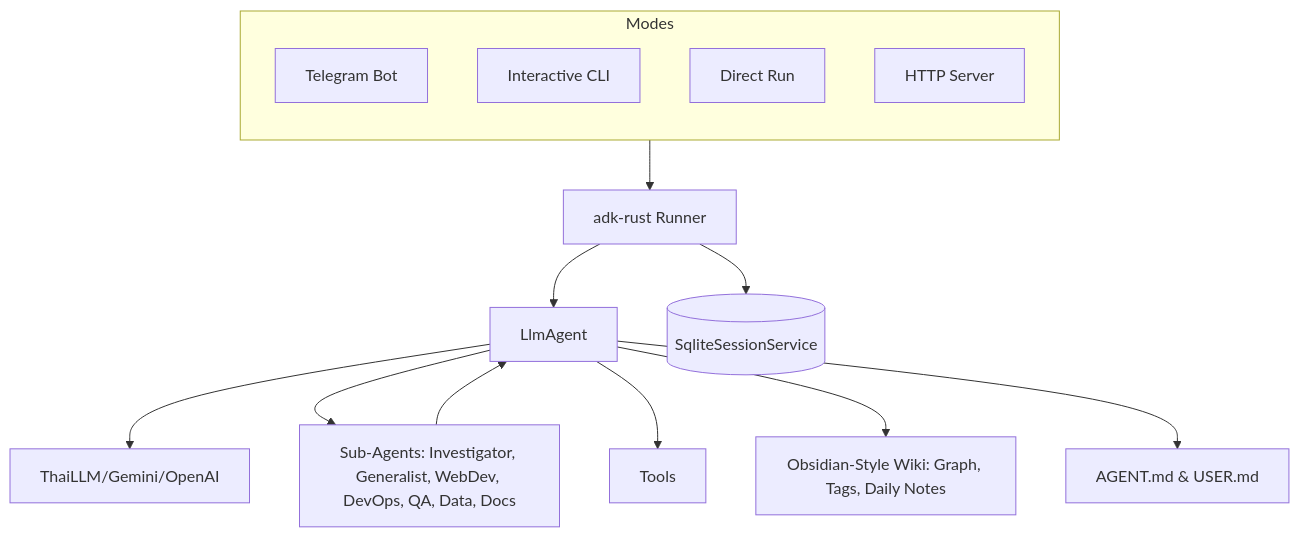
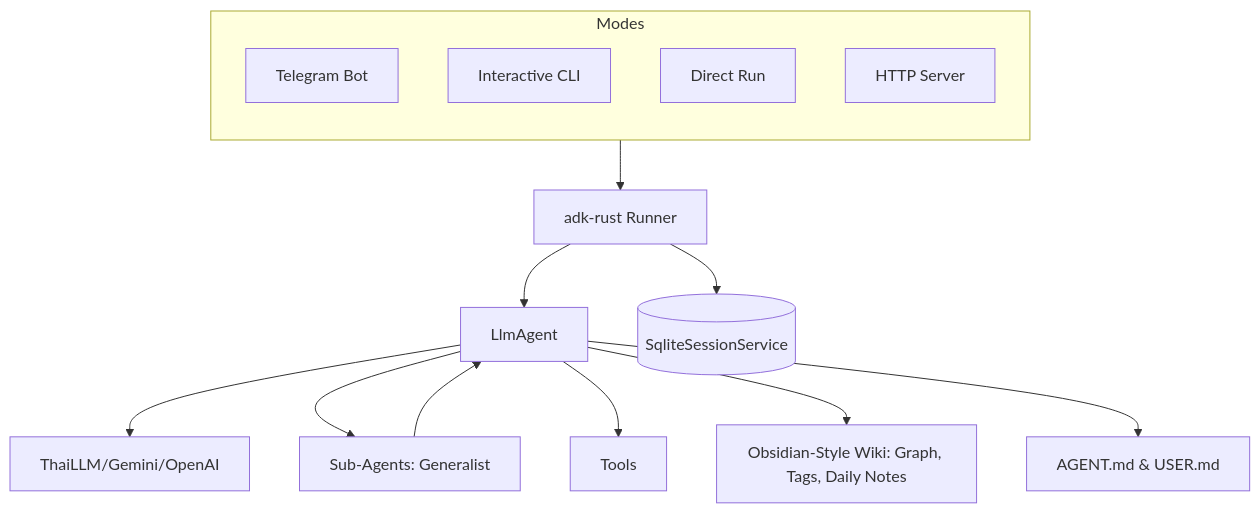
One commit to anoochit/telegram_bot changed the diagram in README.md. Above: the diagram before and after it, drawn with Mermaid.

Commit message:
docs: simplify sub-agent overview in README

````diff
--- a/README.md
+++ b/README.md
@@ -96,23 +96,23 @@
 ```mermaid
 graph TD
     subgraph EntryPoints [Modes]
         direction TB
         Bot[Telegram Bot]
         CLI[Interactive CLI]
         Run[Direct Run]
         Server[HTTP Server]
     end
 
     EntryPoints --> Runner[adk-rust Runner]
     
     Runner --> Agent[LlmAgent]
     Runner --> DB[(SqliteSessionService)]
     
     Agent --> LLM[ThaiLLM/Gemini/OpenAI]
-    Agent --> SubAgents[Sub-Agents: Investigator, Generalist, WebDev, DevOps, QA, Data, Docs]
+    Agent --> SubAgents[Sub-Agents: Generalist]
     Agent --> Tools[Tools]
     Agent --> Wiki[Obsidian-Style Wiki: Graph, Tags, Daily Notes]
     Agent --> Persona[AGENT.md & USER.md]
     
     SubAgents --> Agent
 ```
````
